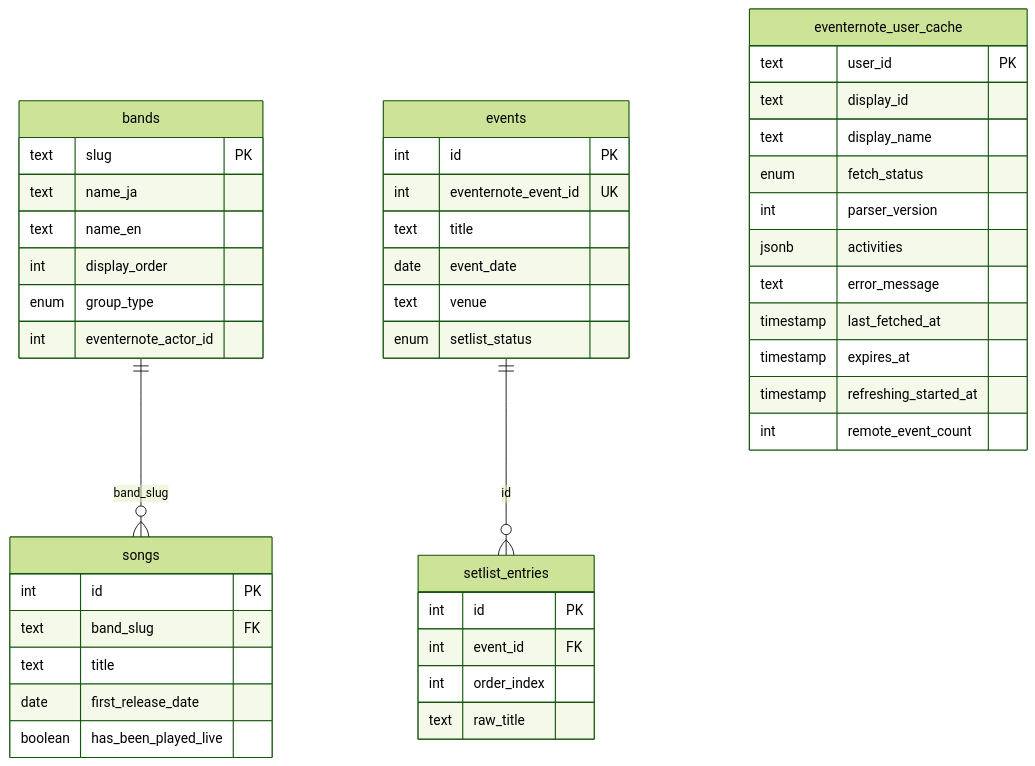
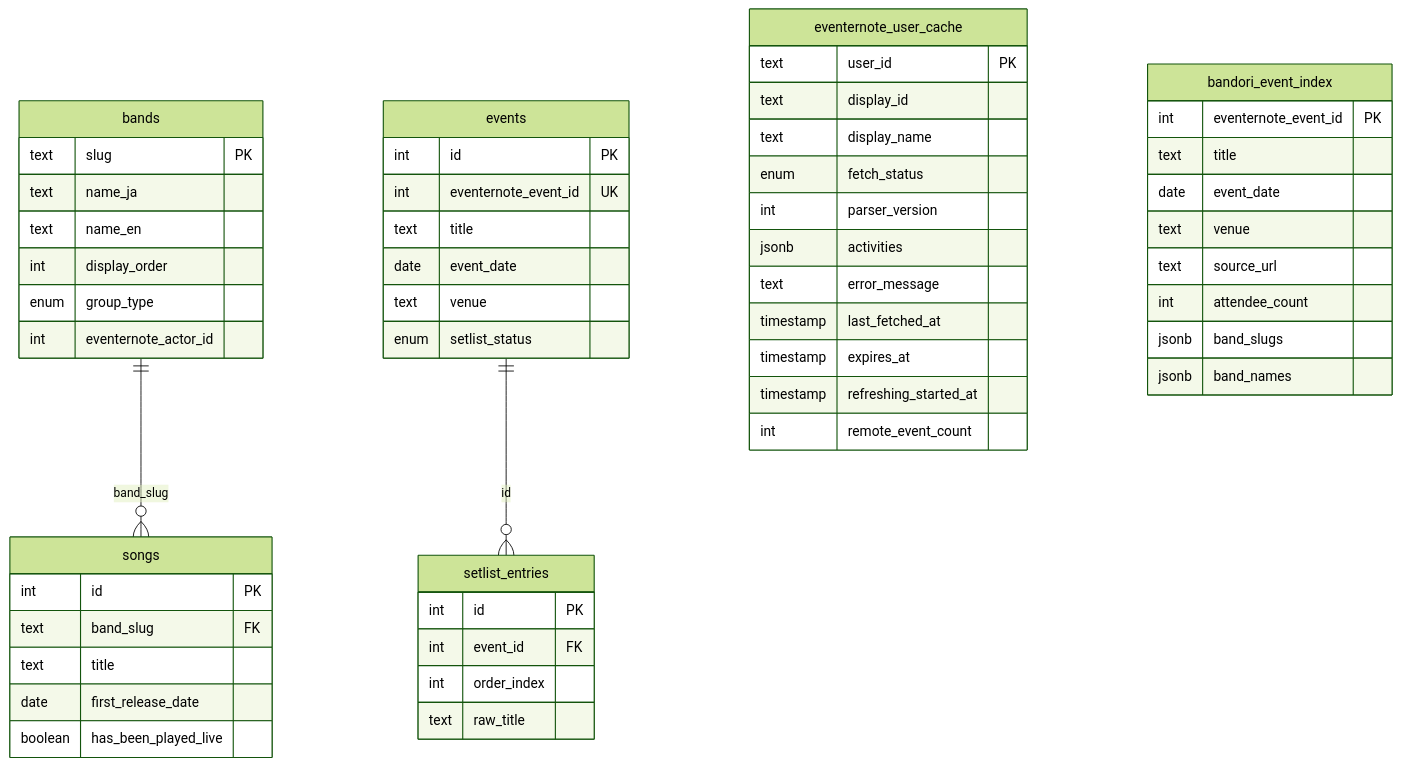
The third of 5 diagrams in ARCHITECTURE.md (calcxx/bandori-live-songs), drawn with Mermaid (forest theme) before and after one commit. The commit also changed other lines of this file and 33 other files, not shown here.

First line of the commit message:
feat: sync eventId index matching, admin list, and setlist edit

````diff
--- a/ARCHITECTURE.md
+++ b/ARCHITECTURE.md
@@ -265,47 +272,57 @@
 ```mermaid
 erDiagram
     bands ||--o{ songs : "band_slug"
     bands {
         text slug PK
         text name_ja
         text name_en
         int display_order
         enum group_type
         int eventernote_actor_id
     }
     songs {
         int id PK
         text band_slug FK
         text title
         date first_release_date
         boolean has_been_played_live
     }
     events ||--o{ setlist_entries : "id"
     events {
         int id PK
         int eventernote_event_id UK
         text title
         date event_date
         text venue
         enum setlist_status
     }
     setlist_entries {
         int id PK
         int event_id FK
         int order_index
         text raw_title
     }
     eventernote_user_cache {
         text user_id PK
         text display_id
         text display_name
         enum fetch_status
         int parser_version
         jsonb activities
         text error_message
         timestamp last_fetched_at
         timestamp expires_at
         timestamp refreshing_started_at
         int remote_event_count
     }
+    bandori_event_index {
+        int eventernote_event_id PK
+        text title
+        date event_date
+        text venue
+        text source_url
+        int attendee_count
+        jsonb band_slugs
+        jsonb band_names
+    }
 ```
````
